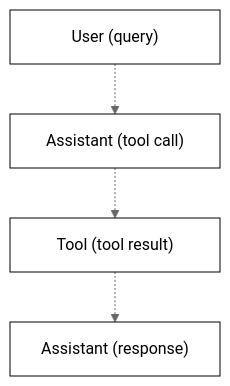
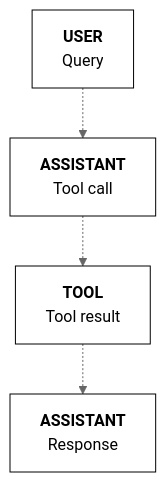
The diagram in fern/pages/v2/tool-use/tool-use-overview.mdx (cohere-ai/cohere-developer-experience), drawn with Mermaid (neutral theme) before and after one commit. The commit also changed other lines of this file and 4 other files, not shown here.

````diff
--- a/fern/pages/v2/tool-use/tool-use-overview.mdx
+++ b/fern/pages/v2/tool-use/tool-use-overview.mdx
@@ -296,17 +313,16 @@
 ```mermaid
 %%{init: {'htmlLabels': true}}%%
 flowchart TD
-    A["<div style='width:150px; text-align:center; color:black;'>User (query)</div>"]
-    B["<div style='width:150px; text-align:center; color:black;'>Assistant (tool call)</div>"]
-    C["<div style='width:150px; text-align:center; color:black;'>Tool (tool result)</div>"]
-    D["<div style='width:150px; text-align:center; color:black;'>Assistant (response)</div>"]
+    classDef defaultStyle fill:#fff,stroke:#000,color:#000;
+
+    A["<div><b>USER</b><br>Query</div>"]
+    B["<div><b>ASSISTANT</b><br>Tool call</div>"]
+    C["<div><b>TOOL</b><br>Tool result</div>"]
+    D["<div><b>ASSISTANT</b><br>Response</div>"]
 
     A -.-> B
     B -.-> C
     C -.-> D
 
-    style A fill:#fff,stroke:#000,color:#000
-    style B fill:#fff,stroke:#000,color:#000
-    style C fill:#fff,stroke:#000,color:#000
-    style D fill:#fff,stroke:#000,color:#000
+    class A,B,C,D defaultStyle;
 ```
````
